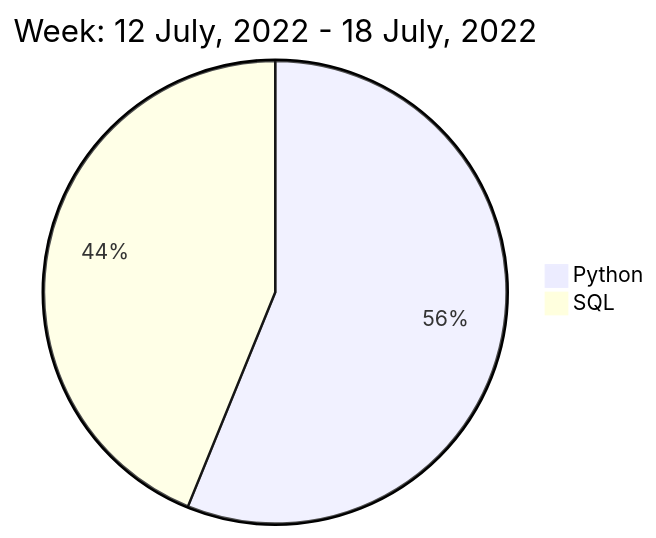
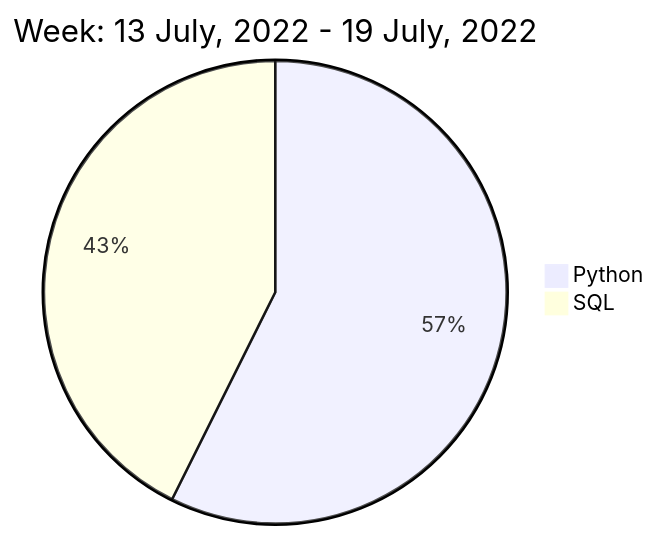
Before and after one commit to liubin95/liubin95: the diagram in README.md, drawn with Mermaid.

Commit message:
Updated the Graph with new Metrics

````diff
--- a/README.md
+++ b/README.md
@@ -40,6 +40,6 @@
 ```mermaid
  pie
-title Week: 12 July, 2022 - 18 July, 2022
- "Python" : 2.37
- "SQL" : 1.85
+title Week: 13 July, 2022 - 19 July, 2022
+ "Python" : 2.65
+ "SQL" : 1.97
 ```
````
